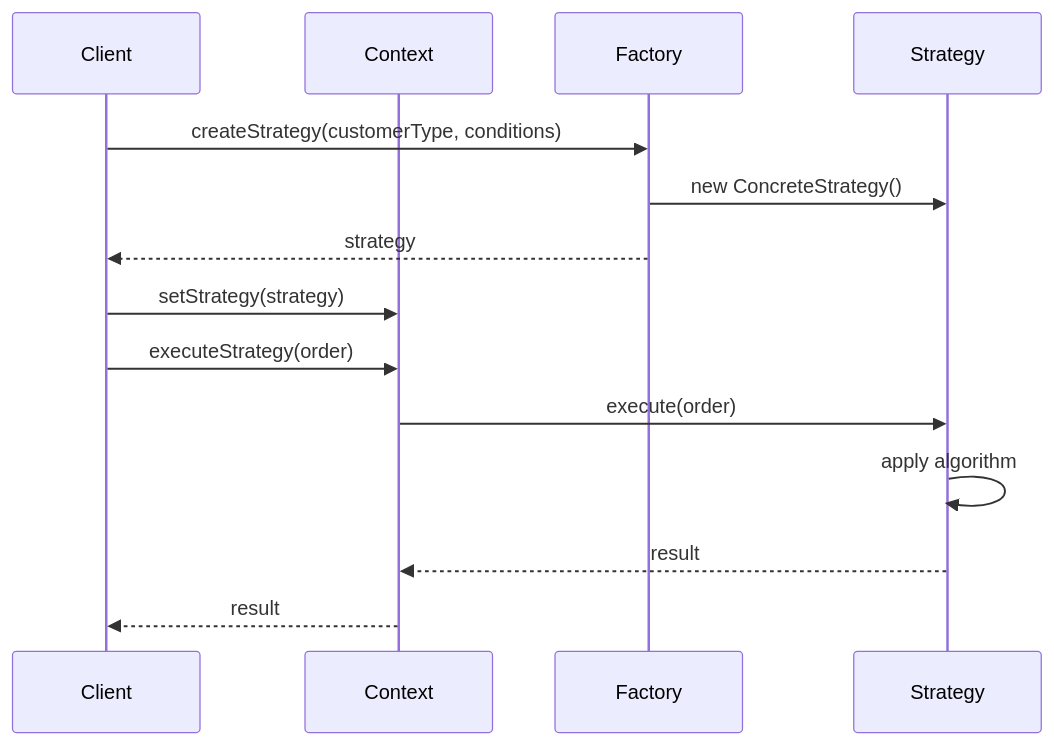
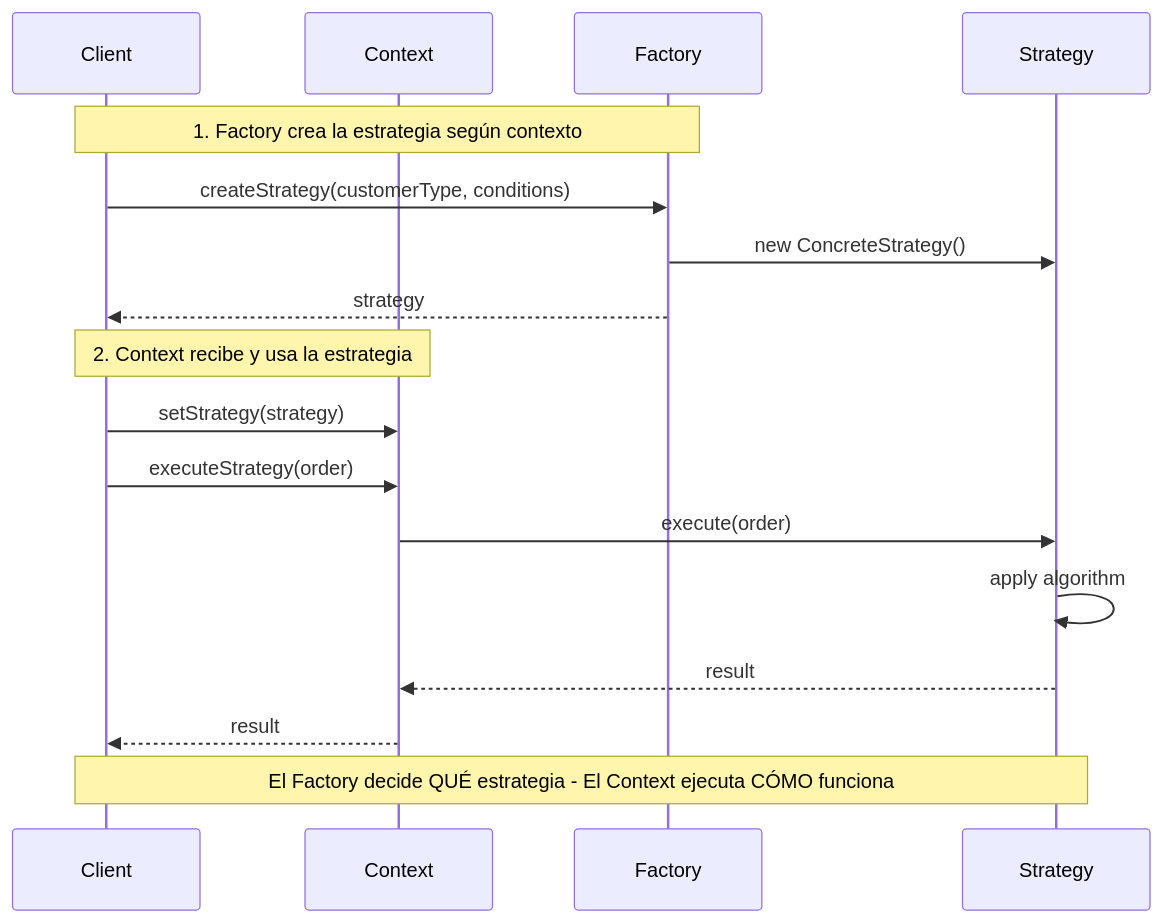
The fourth of 4 diagrams in patrones-diseno/comportamiento/patterns/Strategy.md (JheisonMB/software-patterns-guide), drawn with Mermaid before and after one commit. The commit also changed other lines of this file and 22 other files, not shown here.

````diff
--- a/patrones-diseno/comportamiento/patterns/Strategy.md
+++ b/patrones-diseno/comportamiento/patterns/Strategy.md
@@ -131,18 +141,22 @@
 ```mermaid
 sequenceDiagram
     participant Client
     participant Context
     participant Factory
     participant Strategy
     
+    Note over Client,Factory: 1. Factory crea la estrategia según contexto
     Client->>Factory: createStrategy(customerType, conditions)
     Factory->>Strategy: new ConcreteStrategy()
     Factory-->>Client: strategy
     
+    Note over Client,Context: 2. Context recibe y usa la estrategia
     Client->>Context: setStrategy(strategy)
     Client->>Context: executeStrategy(order)
     Context->>Strategy: execute(order)
     Strategy->>Strategy: apply algorithm
     Strategy-->>Context: result
     Context-->>Client: result
+    
+    Note over Client,Strategy: El Factory decide QUÉ estrategia - El Context ejecuta CÓMO funciona
 ```
````
